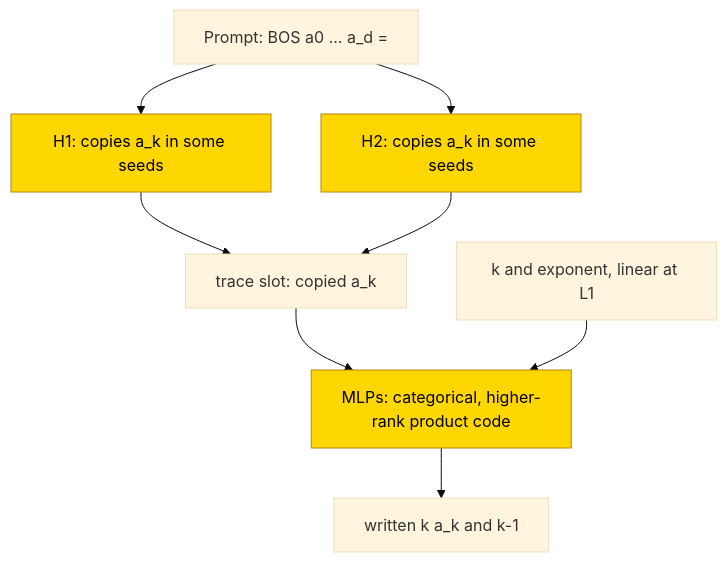
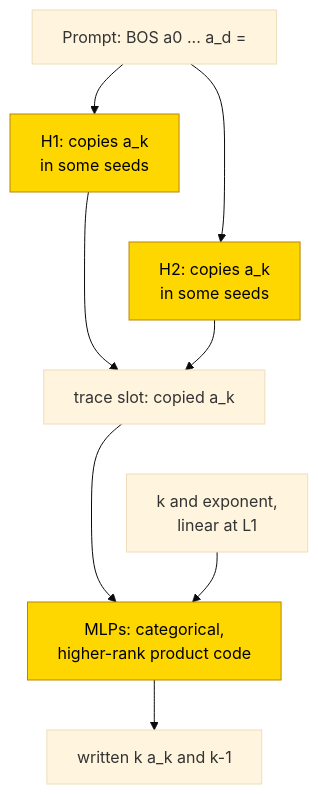
Before and after one commit to jc1122/mechanistic-interpretability-circuit-atlas: the second of 2 diagrams in entries/polynomial-differentiation.md, drawn with Mermaid (base theme). The commit also changed other lines of this file and 40 other files, not shown here.

First line of the commit message:
Cold-reader pass on all 41 entries: reading routes, first-screen scopes, accessible diagrams, verified headline sources (ux_reader1/2)

````diff
--- a/entries/polynomial-differentiation.md
+++ b/entries/polynomial-differentiation.md
@@ -183,12 +187,17 @@
 ```mermaid
 flowchart TD
-    P["Prompt: BOS a0 ... a_d ="] --> H1["H1: copies a_k in some seeds"]
-    P --> H2["H2: copies a_k in some seeds"]
+    accTitle: Seed-dependent coefficient-copy routes
+    accDescr: Trained heads in layers one and two copy coefficients into the trace, and trained MLPs use a categorical product code to write the derivative. The measured route covers only part of the solved-seed cohort under correct-prefix conditioning. TRAIN has numerical compression only, not recovered power-rule algebra.
+    P["Prompt: BOS a0 ... a_d ="] --> H1["H1: copies a_k<br/>in some seeds"]
+    P --> H2["H2: copies a_k<br/>in some seeds"]
     H1 --> C["trace slot: copied a_k"]
     H2 --> C
-    C --> M["MLPs: categorical, higher-rank product code"]
-    K["k and exponent, linear at L1"] --> M
+    C --> M["MLPs: categorical,<br/>higher-rank product code"]
+    K["k and exponent,<br/>linear at L1"] --> M
     M --> Y["written k a_k and k-1"]
+    %% Invisible links stack separate inputs; they are not computational paths.
+    H1 ~~~ H2
+    C ~~~ K
     classDef trained fill:gold,stroke:darkgoldenrod,color:black
     class H1,H2,M trained
 ```
````
